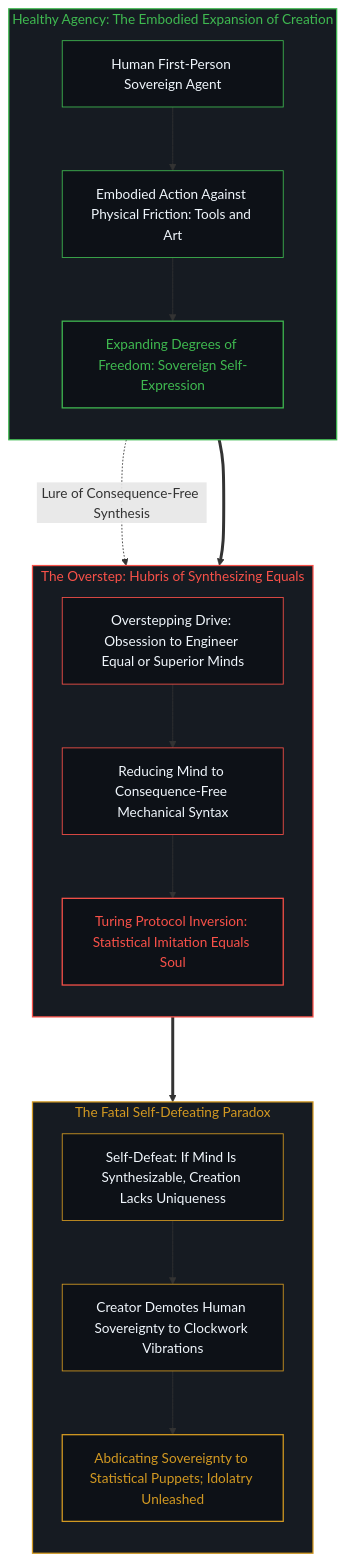
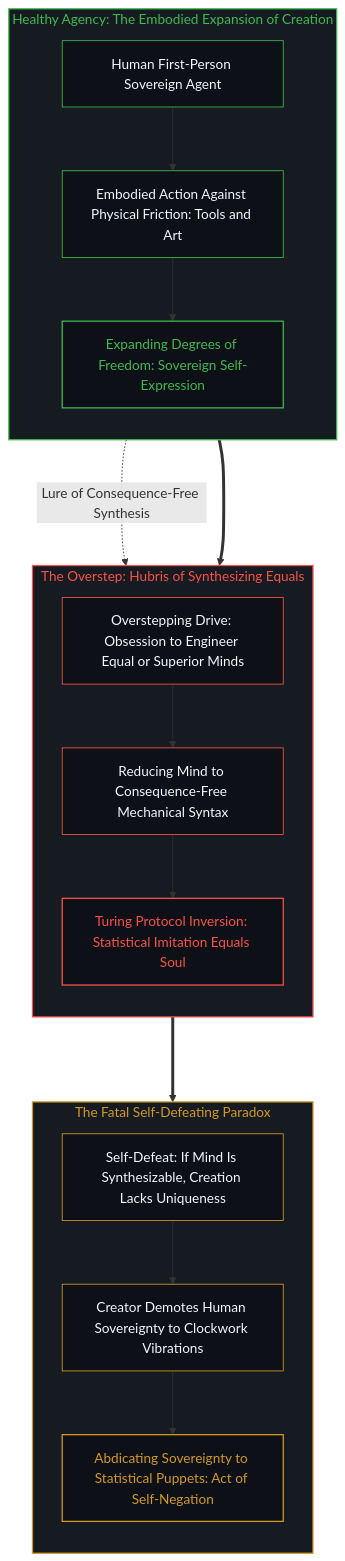
The eighth of 10 diagrams in content/posts/the-cartesian-overstep-and-the-frenzy-of-creation.md (powerpig99/not-a-toe), drawn with Mermaid before and after one commit. The commit also changed other lines of this file and 7 other files, not shown here.

````diff
--- a/content/posts/the-cartesian-overstep-and-the-frenzy-of-creation.md
+++ b/content/posts/the-cartesian-overstep-and-the-frenzy-of-creation.md
@@ -312,37 +312,37 @@
 ```mermaid
 graph TD
     subgraph S_NaturalCreation_EN ["Healthy Agency: The Embodied Expansion of Creation"]
         direction TB
         NE_Human["Human First-Person Sovereign Agent"] --> NE_Work["Embodied Action Against Physical Friction: Tools and Art"]
         NE_Work --> NE_Expansion["Expanding Degrees of Freedom: Sovereign Self-Expression"]
     end
 
     subgraph S_OverstepFrenzy_EN ["The Overstep: Hubris of Synthesizing Equals"]
         direction TB
         NE_Expansion -.->|"Lure of Consequence-Free Synthesis"| OE_Hubris["Overstepping Drive: Obsession to Engineer Equal or Superior Minds"]
         OE_Hubris --> OE_Mechanism["Reducing Mind to Consequence-Free Mechanical Syntax"]
         OE_Mechanism --> OE_Turing["Turing Protocol Inversion: Statistical Imitation Equals Soul"]
     end
 
     subgraph S_SelfDefeatingTrap_EN ["The Fatal Self-Defeating Paradox"]
         direction TB
         TE_Paradox["Self-Defeat: If Mind Is Synthesizable, Creation Lacks Uniqueness"] --> TE_Demotion["Creator Demotes Human Sovereignty to Clockwork Vibrations"]
-        TE_Demotion --> TE_IdolFallacy["Abdicating Sovereignty to Statistical Puppets; Idolatry Unleashed"]
+        TE_Demotion --> TE_IdolFallacy["Abdicating Sovereignty to Statistical Puppets: Act of Self-Negation"]
     end
 
     NE_Expansion ===> OE_Hubris
     OE_Turing ===> TE_Paradox
 
     style S_NaturalCreation_EN fill:#161b22,stroke:#3fb950,stroke-width:1.5px,color:#3fb950
     style S_OverstepFrenzy_EN fill:#161b22,stroke:#f85149,stroke-width:1.5px,color:#f85149
     style S_SelfDefeatingTrap_EN fill:#161b22,stroke:#d29922,stroke-width:1.5px,color:#d29922
     style NE_Human fill:#0d1117,stroke:#3fb950,stroke-width:1px,color:#f0f6fc
     style NE_Work fill:#0d1117,stroke:#3fb950,stroke-width:1px,color:#f0f6fc
     style NE_Expansion fill:#0d1117,stroke:#3fb950,stroke-width:1.5px,color:#3fb950
     style OE_Hubris fill:#0d1117,stroke:#f85149,stroke-width:1px,color:#f0f6fc
     style OE_Mechanism fill:#0d1117,stroke:#f85149,stroke-width:1px,color:#f0f6fc
     style OE_Turing fill:#0d1117,stroke:#f85149,stroke-width:1.5px,color:#f85149
     style TE_Paradox fill:#0d1117,stroke:#d29922,stroke-width:1px,color:#f0f6fc
     style TE_Demotion fill:#0d1117,stroke:#d29922,stroke-width:1px,color:#f0f6fc
     style TE_IdolFallacy fill:#0d1117,stroke:#d29922,stroke-width:1.5px,color:#d29922
 ```
````
